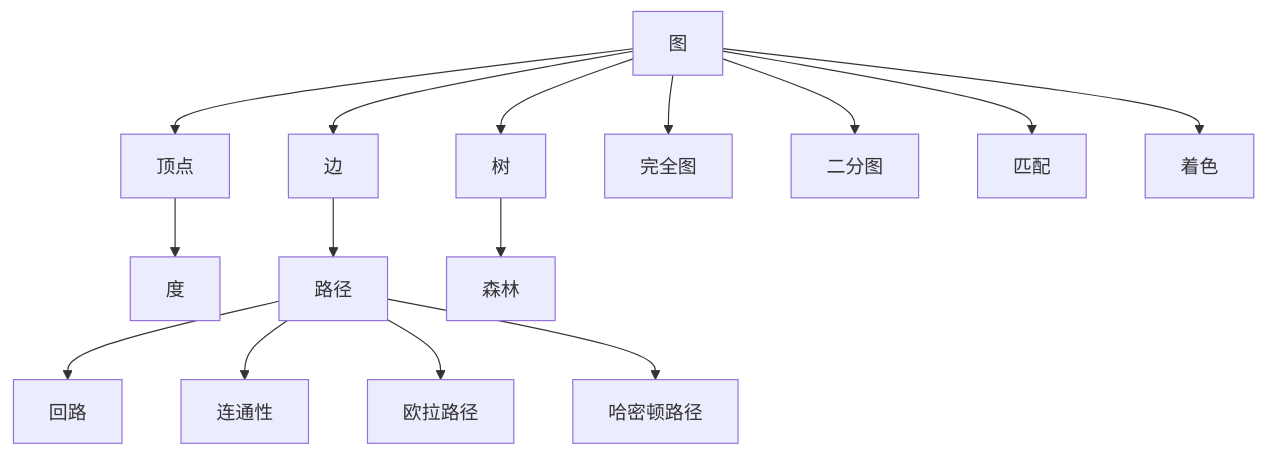
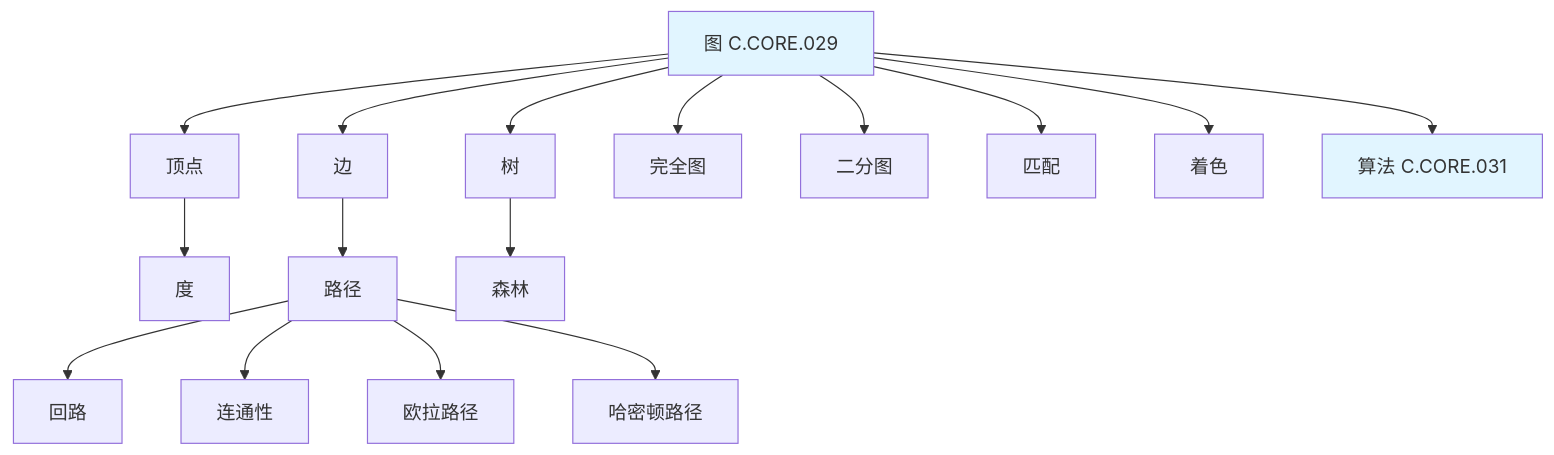
Before and after one commit to AdaMartin18010/FormalMath: diagram 17 of 22 in concept/05-知识关联网络/01-概念级关联网络.md, drawn with Mermaid. The commit also changed other lines of this file and 45 other files, not shown here.

````diff
--- a/concept/05-知识关联网络/01-概念级关联网络.md
+++ b/concept/05-知识关联网络/01-概念级关联网络.md
@@ -373,17 +560,21 @@
 ```mermaid
 graph TD
-    A[图] --> B[顶点]
+    A[图 C.CORE.029] --> B[顶点]
     A --> C[边]
     B --> D[度]
     C --> E[路径]
     E --> F[回路]
     E --> G[连通性]
     A --> H[树]
     H --> I[森林]
     A --> J[完全图]
     A --> K[二分图]
     E --> L[欧拉路径]
     E --> M[哈密顿路径]
     A --> N[匹配]
     A --> O[着色]
+    A --> P[算法 C.CORE.031]
+
+    style A fill:#e1f5ff
+    style P fill:#e1f5ff
 ```
````
